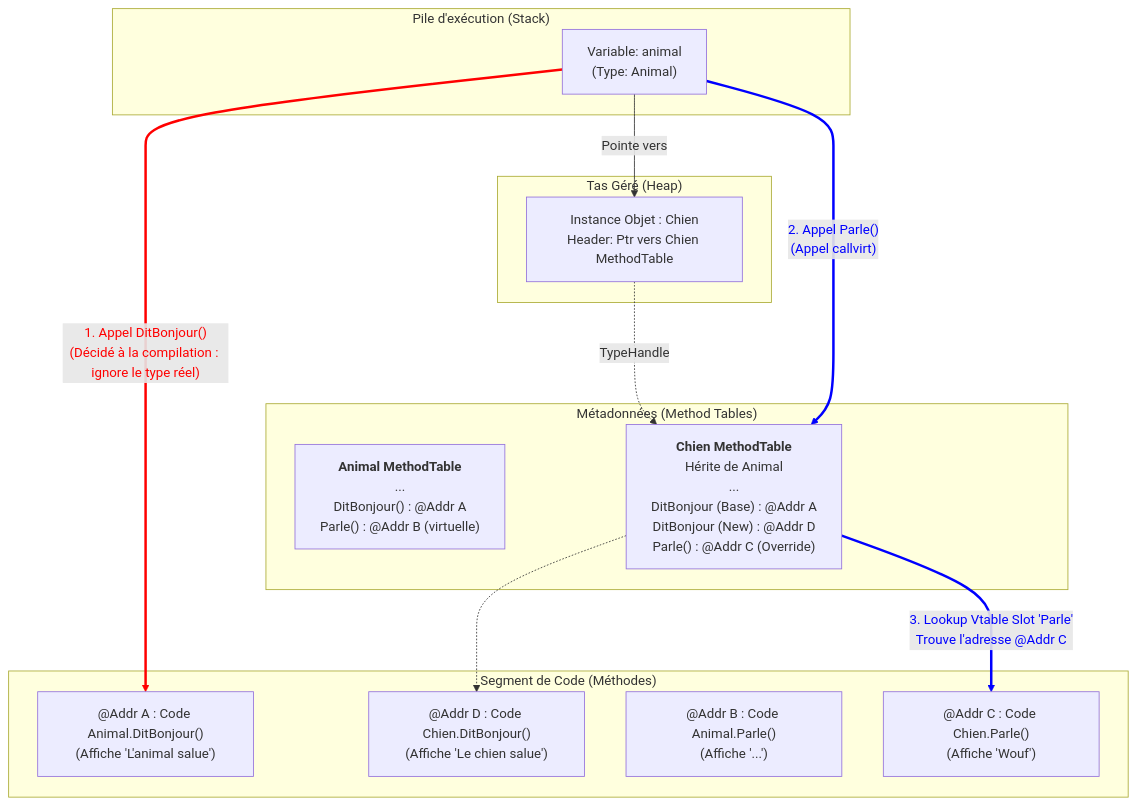
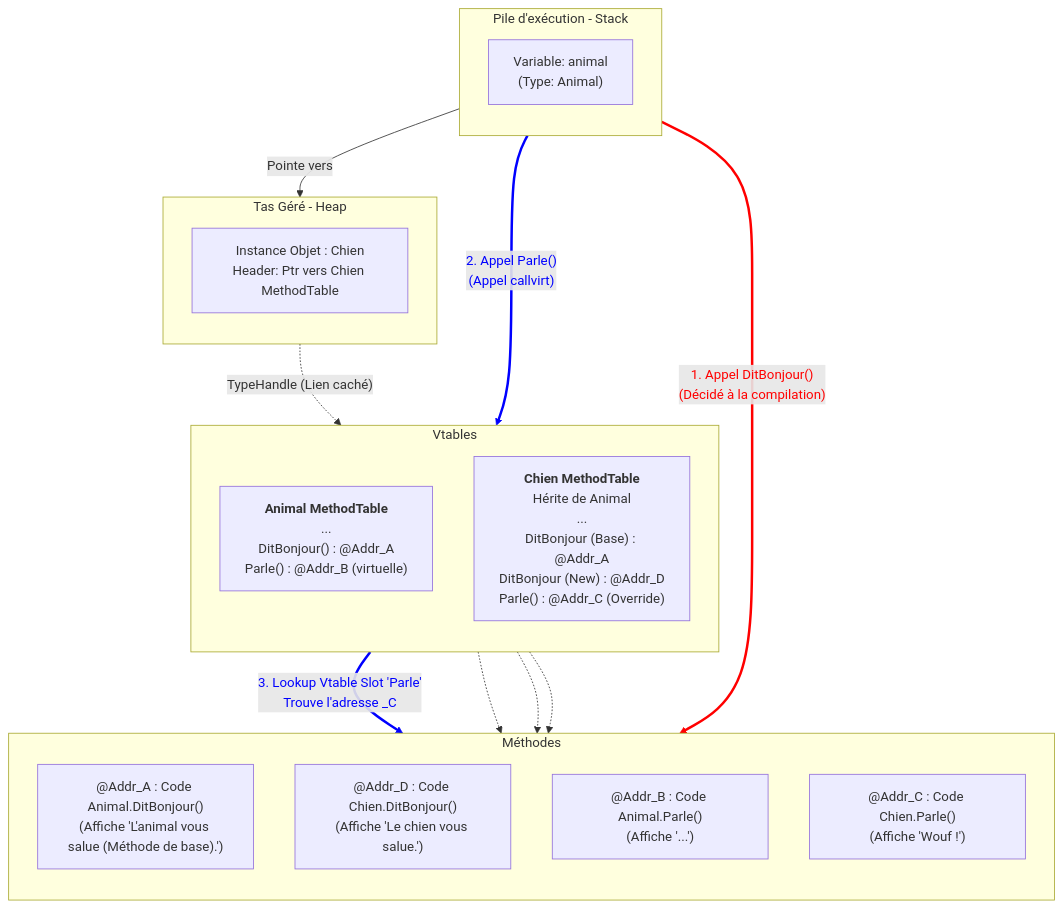
One commit to Yanal-Yves/blog changed the diagram in content/programmation/polymorphisme/_index.md. Above: the diagram before and after it, drawn with Mermaid. The commit also changed other lines of this file, not shown here.

Commit message:
Programmation - polymorphisme - wip

````diff
--- a/content/programmation/polymorphisme/_index.md
+++ b/content/programmation/polymorphisme/_index.md
@@ -128,41 +128,57 @@
 ```mermaid
 flowchart TD
-    subgraph STACK ["Pile d'exécution (Stack)"]
+    %% Configuration des styles pour la lisibilité
+    %% classDef default fill:#f9f9f9,stroke:#333,stroke-width:1px;
+    %% classDef memory fill:#fff,stroke:#333,stroke-width:1px;
+    
+    %% --- PILE ---
+    subgraph STACK ["Pile d'exécution - Stack"]
+        direction TB
         varRef["Variable: animal<br/>(Type: Animal)"]
     end
 
-    subgraph HEAP ["Tas Géré (Heap)"]
+    %% --- TAS ---
+    subgraph HEAP [Tas Géré - Heap]
+        direction TB
         objChien["Instance Objet : Chien<br/>Header: Ptr vers Chien MethodTable"]
     end
 
-    subgraph METADATA ["Métadonnées (Method Tables)"]
-        mtAnimal["<b>Animal MethodTable</b><br/>...<br/>DitBonjour() : @Addr A<br/>Parle() : @Addr B (virtuelle)"]
+    %% --- METADONNEES ---
+    subgraph METADATA ["Vtables"]
+        direction TB
+        mtAnimal["<b>Animal MethodTable</b><br/>...<br/>DitBonjour() : @Addr_A<br/>Parle() : @Addr_B (virtuelle)"]
         
-        mtChien["<b>Chien MethodTable</b><br/>Hérite de Animal<br/>...<br/>DitBonjour (Base) : @Addr A<br/>DitBonjour (New) : @Addr D<br/>Parle() : @Addr C (Override)"]
+        mtChien["<b>Chien MethodTable</b><br/>Hérite de Animal<br/>...<br/>DitBonjour (Base) : @Addr_A<br/>DitBonjour (New) : @Addr_D<br/>Parle() : @Addr_C (Override)"]
     end
 
-    subgraph CODE ["Segment de Code (Méthodes)"]
-        codeAnimal["@Addr A : Code Animal.DitBonjour()<br/>(Affiche 'L'animal salue')"]
-        codeChienNew["@Addr D : Code Chien.DitBonjour()<br/>(Affiche 'Le chien salue')"]
+    %% --- CODE ---
+    subgraph CODE ["Méthodes"]
+        direction TB
+        codeAnimal["@Addr_A : Code Animal.DitBonjour()<br/>(Affiche 'L'animal vous salue (Méthode de base).')"]
+        codeChienNew["@Addr_D : Code Chien.DitBonjour()<br/>(Affiche 'Le chien vous salue.')"]
         
-        codeAnimalBase["@Addr B : Code Animal.Parle()<br/>(Affiche '...')"]
-        codeChien["@Addr C : Code Chien.Parle()<br/>(Affiche 'Wouf')"]
+        codeAnimalBase["@Addr_B : Code Animal.Parle()<br/>(Affiche '...')"]
+        codeChien["@Addr_C : Code Chien.Parle()<br/>(Affiche 'Wouf !')"]
     end
 
-    %% Relations
+    %% --- RELATIONS ---
+
+    %% 1. Structure mémoire
     varRef -- "Pointe vers" --> objChien
-    objChien -. "TypeHandle" .-> mtChien
+    objChien -. "TypeHandle (Lien caché)" .-> mtChien
 
-    %% CAS 1 : NON VIRTUEL
-    varRef -- "1. Appel DitBonjour()<br/>(Décidé à la compilation : ignore le type réel)" --> codeAnimal
+    %% 2. CAS 1 : NON VIRTUEL (Rouge)
+    varRef -- "1. Appel DitBonjour()<br/>(Décidé à la compilation)" --> codeAnimal
     linkStyle 2 stroke:red,stroke-width:3px,color:red;
 
-    %% CAS 2 : VIRTUEL
+    %% 3. CAS 2 : VIRTUEL (Bleu)
     varRef -- "2. Appel Parle()<br/>(Appel callvirt)" --> mtChien
-    mtChien -- "3. Lookup Vtable Slot 'Parle'<br/>Trouve l'adresse @Addr C" --> codeChien
+    mtChien -- "3. Lookup Vtable Slot 'Parle'<br/>Trouve l'adresse _C" --> codeChien
     linkStyle 3 stroke:blue,stroke-width:3px,color:blue;
     linkStyle 4 stroke:blue,stroke-width:3px,color:blue;
-    
-    %% Lien pour montrer que le code D existe mais n'est pas appelé
+
+    %% 4. Liens structurels (Pointillés) - Pour montrer qui définit quoi
     mtChien -.-> codeChienNew
+    mtAnimal -.-> codeAnimal
+    mtAnimal -.-> codeAnimalBase   
 ```
````
